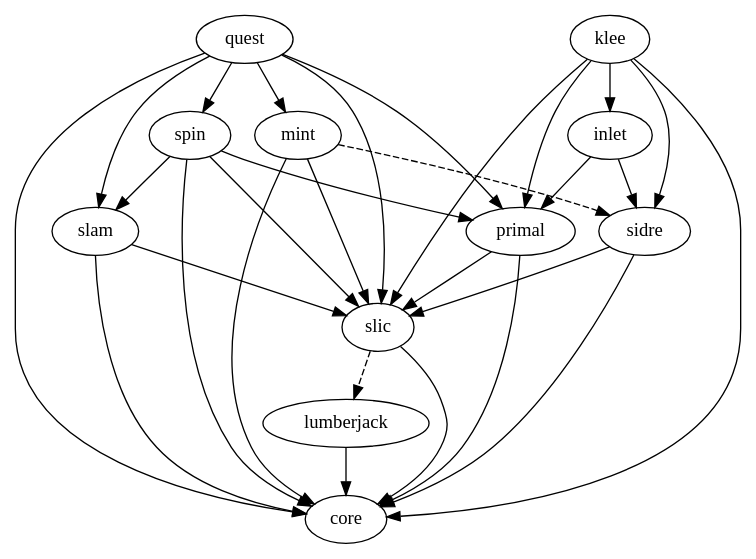
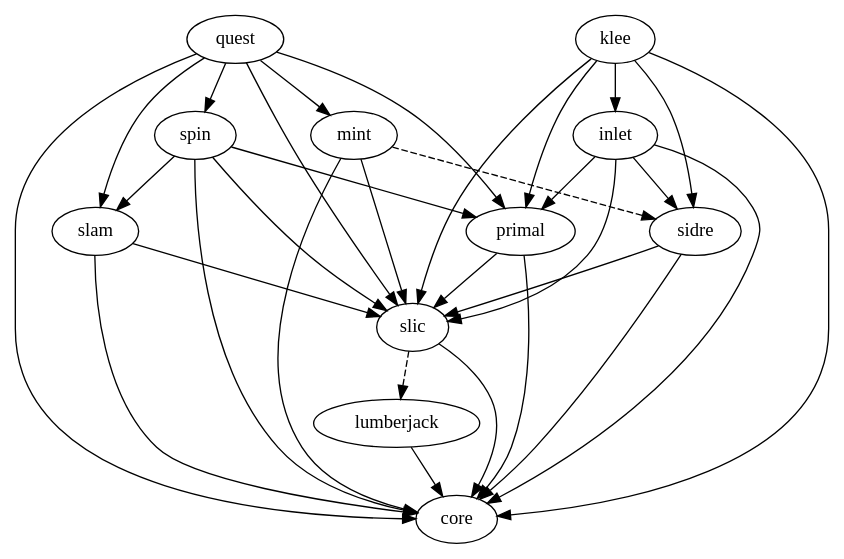
The diagram in src/docs/dependencies.dot (LLNL/axom), drawn with Graphviz before and after one commit.

Commit message:
Fixes dependency diagram for axom components
`inlet` depends on `slic` and `core`.

```diff
--- a/src/docs/dependencies.dot
+++ b/src/docs/dependencies.dot
@@ -1,12 +1,12 @@
 digraph dependencies {
   quest -> {slam primal mint spin};
-  {quest slam primal mint spin klee} -> {slic core};
+  {inlet klee mint primal quest slam spin} -> {slic core};
   mint -> sidre [style="dashed"];
   spin -> {slam primal};
   sidre -> {slic core};
   slic -> core;
   slic -> lumberjack [style="dashed"];
   lumberjack -> core;
   inlet -> {sidre primal};
   klee -> {sidre primal inlet};
 }
```
